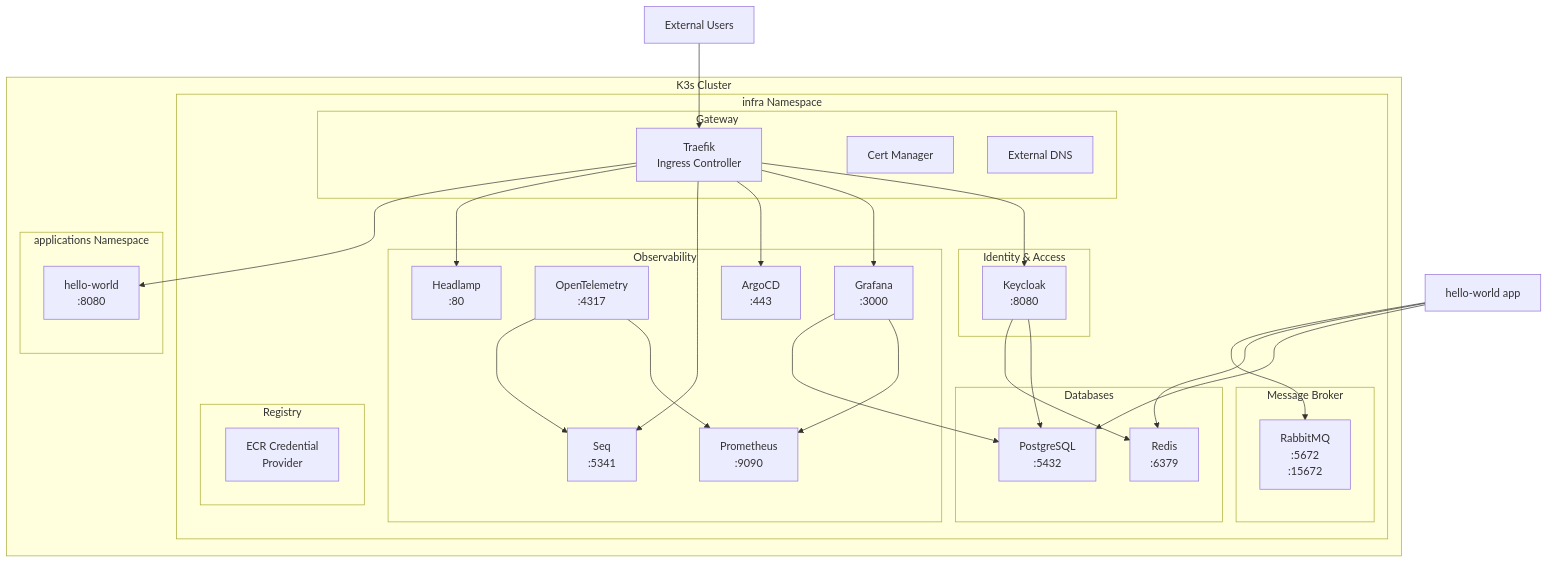
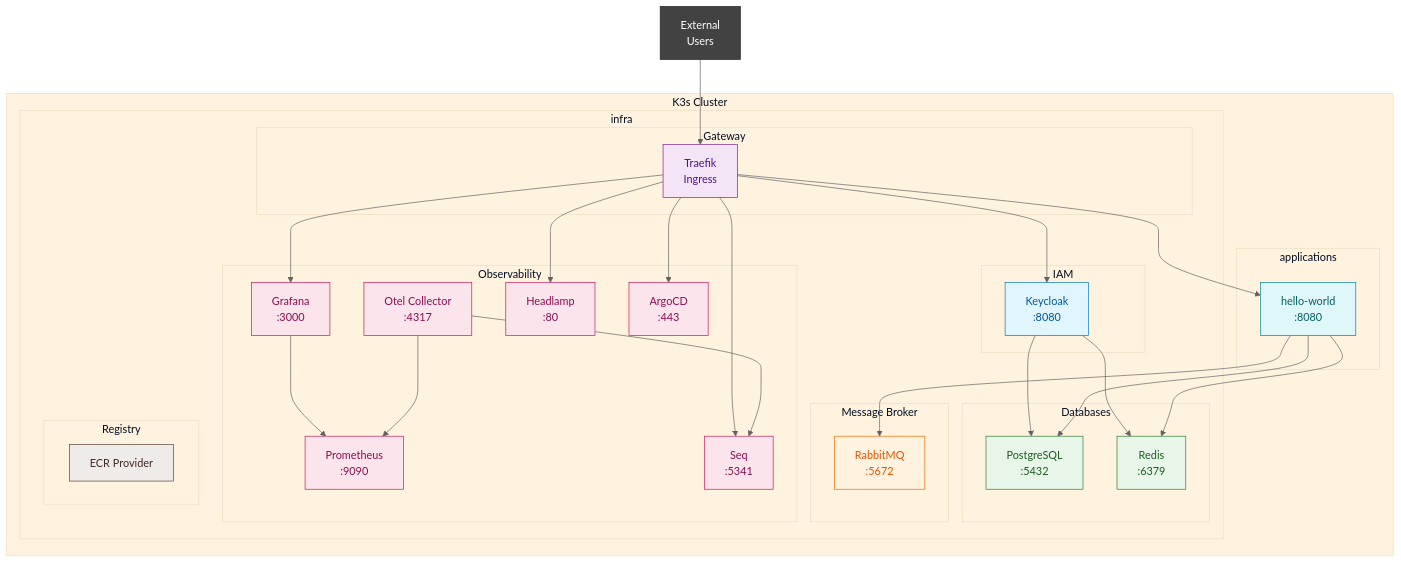
Before and after one commit to eramosr16/k8s-boostrap: the diagram in docs/cluster-diagram.md, drawn with Mermaid. The commit also changed 1 other file, not shown here.

Commit message:
improving cluster diagram

````diff
--- a/docs/cluster-diagram.md
+++ b/docs/cluster-diagram.md
@@ -3,63 +3,79 @@
 ```mermaid
+%%{init: {'theme': 'base', 'themeVariables': {'primaryColor': '#e3f2fd', 'primaryTextColor': '#1565c0', 'primaryBorderColor': '#1976d2', 'lineColor': '#616161', 'secondaryColor': '#f3e5f5', 'tertiaryColor': '#fff3e0'}}}%%
 flowchart TB
-    subgraph K3s_Cluster["K3s Cluster"]
-        subgraph infra["infra Namespace"]
-            subgraph Databases["Databases"]
-                PostgreSQL["PostgreSQL<br/>:5432"]
-                Redis["Redis<br/>:6379"]
+    subgraph K3s["K3s Cluster"]
+        subgraph infra_ns["infra"]
+            subgraph dbs["Databases"]
+                PG["PostgreSQL<br/>:5432"]
+                RD["Redis<br/>:6379"]
             end
             
-            subgraph Broker["Message Broker"]
-                RabbitMQ["RabbitMQ<br/>:5672<br/>:15672"]
+            subgraph mq["Message Broker"]
+                RMQ["RabbitMQ<br/>:5672"]
             end
             
-            subgraph IAM["Identity & Access"]
-                Keycloak["Keycloak<br/>:8080"]
+            subgraph iam["IAM"]
+                KC["Keycloak<br/>:8080"]
             end
             
-            subgraph Observability["Observability"]
-                Prometheus["Prometheus<br/>:9090"]
-                Grafana["Grafana<br/>:3000"]
-                Seq["Seq<br/>:5341"]
-                OpenTelemetry["OpenTelemetry<br/>:4317"]
-                Headlamp["Headlamp<br/>:80"]
-                ArgoCD["ArgoCD<br/>:443"]
+            subgraph obs["Observability"]
+                PRO["Prometheus<br/>:9090"]
+                GRAF["Grafana<br/>:3000"]
+                SEQ["Seq<br/>:5341"]
+                OTEL["Otel Collector<br/>:4317"]
+                HEAD["Headlamp<br/>:80"]
+                ARGO["ArgoCD<br/>:443"]
             end
             
-            subgraph Gateway["Gateway"]
-                Traefik["Traefik<br/>Ingress Controller"]
-                CertManager["Cert Manager"]
-                ExternalDNS["External DNS"]
+            subgraph gw["Gateway"]
+                TRF["Traefik<br/>Ingress"]
             end
             
-            subgraph Registry["Registry"]
-                ECR["ECR Credential<br/>Provider"]
+            subgraph reg["Registry"]
+                ECR["ECR Provider"]
             end
         end
         
-        subgraph applications["applications Namespace"]
-            HelloWorld["hello-world<br/>:8080"]
+        subgraph apps_ns["applications"]
+            HW["hello-world<br/>:8080"]
         end
     end
     
-    External["External Users"] --> Traefik
-    Traefik --> Keycloak
-    Traefik --> Grafana
-    Traefik --> ArgoCD
-    Traefik --> Seq
-    Traefik --> Headlamp
-    Traefik --> HelloWorld
+    EXT["External<br/>Users"] --> TRF
+    TRF --> KC
+    TRF --> GRAF
+    TRF --> ARGO
+    TRF --> SEQ
+    TRF --> HEAD
+    TRF --> HW
     
-    Keycloak --> PostgreSQL
-    Keycloak --> Redis
+    KC --> PG
+    KC --> RD
     
-    Grafana --> Prometheus
-    Grafana --> PostgreSQL
+    GRAF --> PRO
     
-    OpenTelemetry --> Prometheus
-    OpenTelemetry --> Seq
+    OTEL --> PRO
+    OTEL --> SEQ
     
-    hello-world["hello-world app"] --> PostgreSQL
-    hello-world --> Redis
-    hello-world --> RabbitMQ
+    HW --> PG
+    HW --> RD
+    HW --> RMQ
+    
+    classDef db fill:#e8f5e9,stroke:#2e7d32,color:#1b5e20
+    classDef broker fill:#fff3e0,stroke:#ef6c00,color:#e65100
+    classDef iam fill:#e1f5fe,stroke:#0277bd,color:#01579b
+    classDef obs fill:#fce4ec,stroke:#c2185b,color:#880e4f
+    classDef gw fill:#f3e5f5,stroke:#7b1fa2,color:#4a148c
+    classDef reg fill:#efebe9,stroke:#5d4037,color:#3e2723
+    classDef app fill:#e0f7fa,stroke:#00838f,color:#006064
+    classDef user fill:#424242,stroke:#212121,color:#ffffff
+    
+    class PG,RD db
+    class RMQ broker
+    class KC iam
+    class PRO,GRAF,SEQ,OTEL,HEAD,ARGO obs
+    class TRF gw
+    class ECR reg
+    class HW app
+    class EXT user
 ```
````
